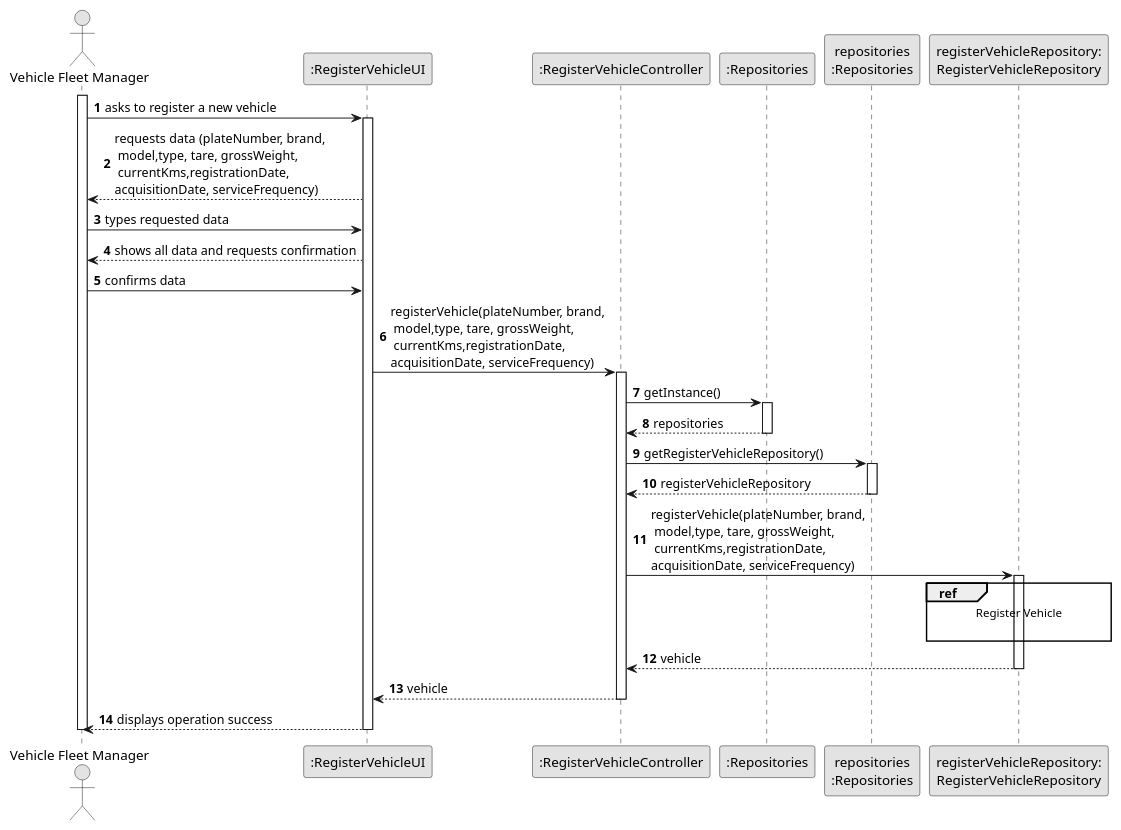
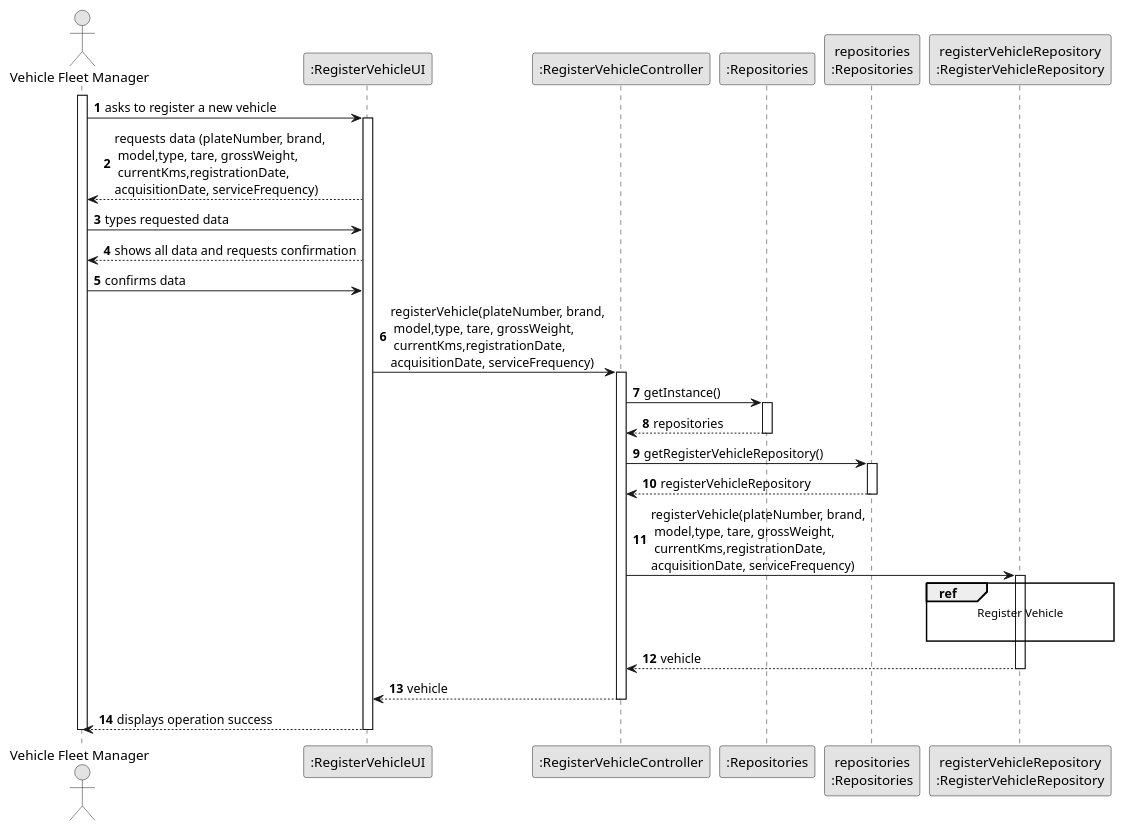
One commit to diogoveirospro/lei-24-s2-1dg-g072 changed the diagram in docs/sprintB/us006/03.design/puml/us006-sequence-diagram-split.puml. Above: the diagram before and after it, drawn with PlantUML. The commit also changed 3 other files, not shown here.

```diff
--- a/docs/sprintB/us006/03.design/puml/us006-sequence-diagram-split.puml
+++ b/docs/sprintB/us006/03.design/puml/us006-sequence-diagram-split.puml
@@ -1,61 +1,61 @@
 @startuml
 skinparam monochrome true
 skinparam packageStyle rectangle
 skinparam shadowing false
 
 autonumber
 
 'hide footbox
 actor "Vehicle Fleet Manager" as ADM
 participant ":RegisterVehicleUI" as UI
 participant ":RegisterVehicleController" as CTRL
 participant ":Repositories" as RepositorySingleton
 participant "repositories\n:Repositories" as PLAT
-participant "registerVehicleRepository:\nRegisterVehicleRepository" as RegisterVehicleRepository
+participant "registerVehicleRepository\n:RegisterVehicleRepository" as RegisterVehicleRepository
 activate ADM
 
         ADM -> UI : asks to register a new vehicle
 
         activate UI
 
             UI --> ADM : requests data (plateNumber, brand,\n model,type, tare, grossWeight,\n currentKms,registrationDate,\nacquisitionDate, serviceFrequency)
 
             ADM -> UI : types requested data
 
             UI --> ADM : shows all data and requests confirmation
 
             ADM -> UI : confirms data
 
             UI -> CTRL : registerVehicle(plateNumber, brand,\n model,type, tare, grossWeight,\n currentKms,registrationDate,\nacquisitionDate, serviceFrequency)
             activate CTRL
 
                 CTRL -> RepositorySingleton : getInstance()
                 activate RepositorySingleton
 
                     RepositorySingleton --> CTRL: repositories
                 deactivate RepositorySingleton
 
                 CTRL -> PLAT : getRegisterVehicleRepository()
                 activate PLAT
 
                     PLAT --> CTRL: registerVehicleRepository
                 deactivate PLAT
 
                 CTRL -> RegisterVehicleRepository : registerVehicle(plateNumber, brand,\n model,type, tare, grossWeight,\n currentKms,registrationDate,\nacquisitionDate, serviceFrequency)
                 activate RegisterVehicleRepository
                 ref over RegisterVehicleRepository
                     Register Vehicle
 
                 end ref
                                 RegisterVehicleRepository --> CTRL : vehicle
 
                             deactivate RegisterVehicleRepository
 
             CTRL --> UI: vehicle
             deactivate CTRL
             UI --> ADM: displays operation success
     deactivate UI
 
 deactivate ADM
 
 @enduml
```
